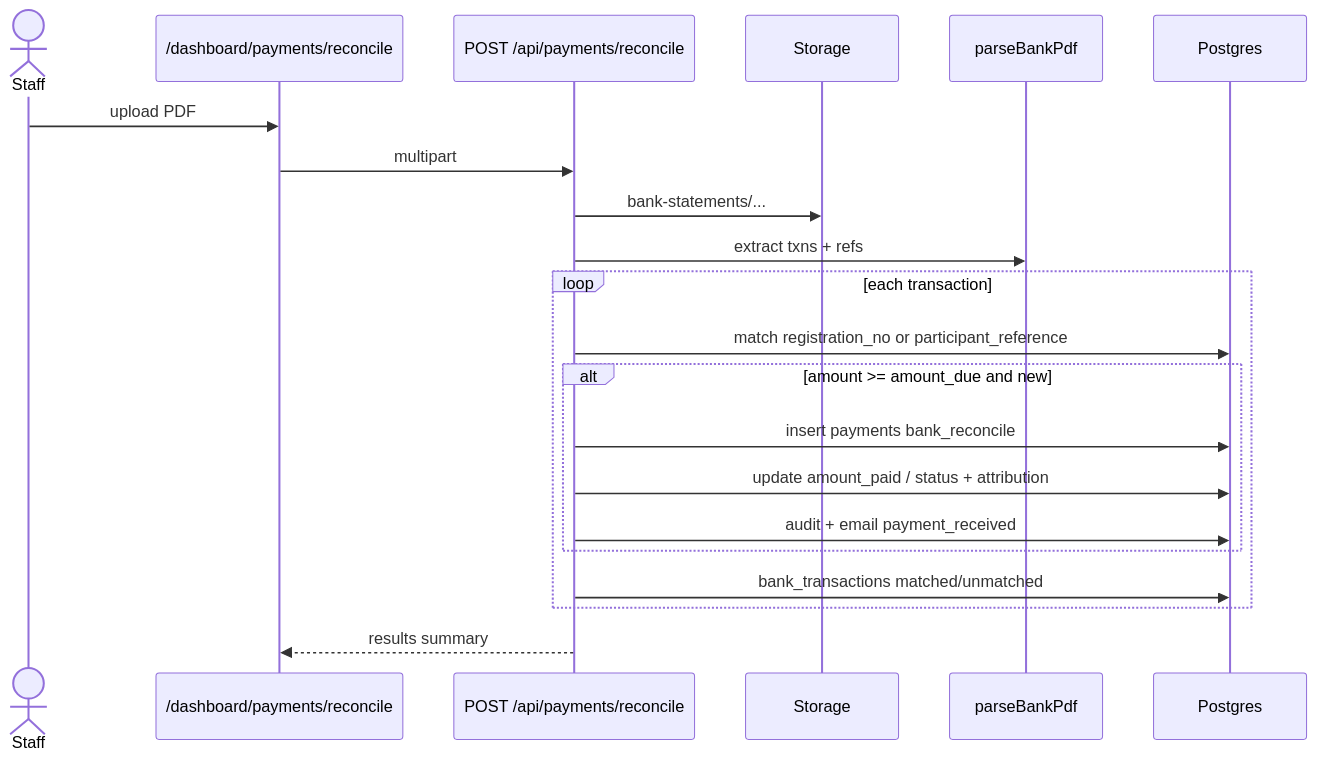
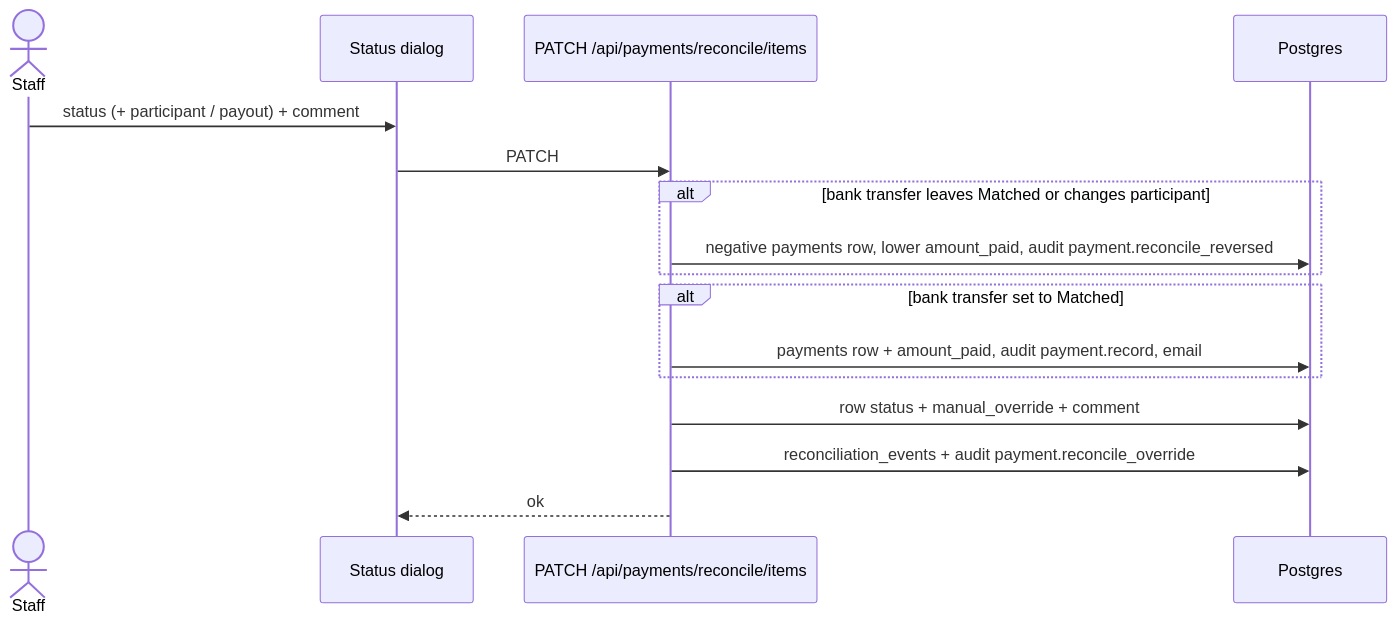
The sixth of 6 diagrams in docs/flows/payment.md (dotnetmike/CFCA_Registration), drawn with Mermaid before and after one commit. The commit also changed other lines of this file and 58 other files, not shown here.

First line of the commit message:
feat(version): bump package version to 0.31.0 and remove pdf-parse dependency

````diff
--- a/docs/flows/payment.md
+++ b/docs/flows/payment.md
@@ -103,23 +175,18 @@
 ```mermaid
 sequenceDiagram
   actor S as Staff
-  participant UI as /dashboard/payments/reconcile
-  participant API as POST /api/payments/reconcile
-  participant Store as Storage
-  participant Parse as parseBankPdf
+  participant UI as Status dialog
+  participant API as PATCH /api/payments/reconcile/items
   participant DB as Postgres
-  S->>UI: upload PDF
-  UI->>API: multipart
-  API->>Store: bank-statements/...
-  API->>Parse: extract txns + refs
-  loop each transaction
-    API->>DB: match registration_no or participant_reference
-    alt amount >= amount_due and new
-      API->>DB: insert payments bank_reconcile
-      API->>DB: update amount_paid / status + attribution
-      API->>DB: audit + email payment_received
-    end
-    API->>DB: bank_transactions matched/unmatched
+  S->>UI: status (+ participant / payout) + comment
+  UI->>API: PATCH
+  alt bank transfer leaves Matched or changes participant
+    API->>DB: negative payments row, lower amount_paid, audit payment.reconcile_reversed
   end
-  API-->>UI: results summary
+  alt bank transfer set to Matched
+    API->>DB: payments row + amount_paid, audit payment.record, email
+  end
+  API->>DB: row status + manual_override + comment
+  API->>DB: reconciliation_events + audit payment.reconcile_override
+  API-->>UI: ok
 ```
````
